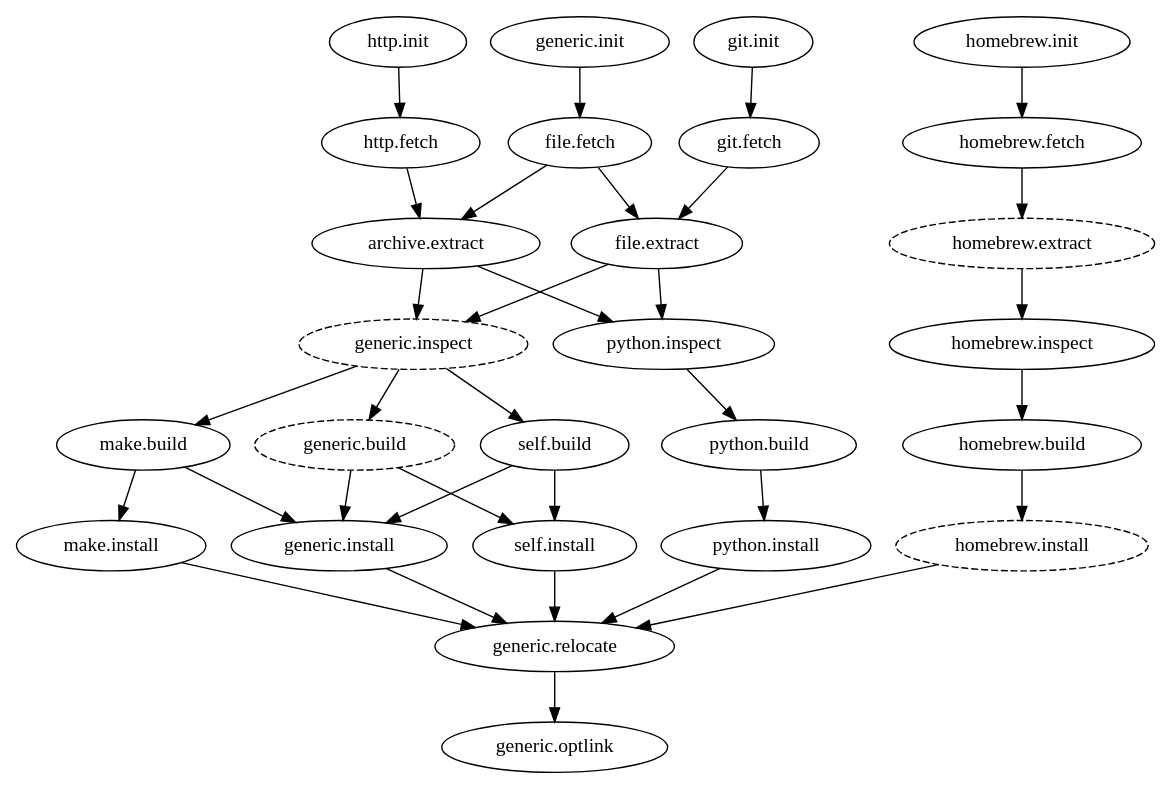
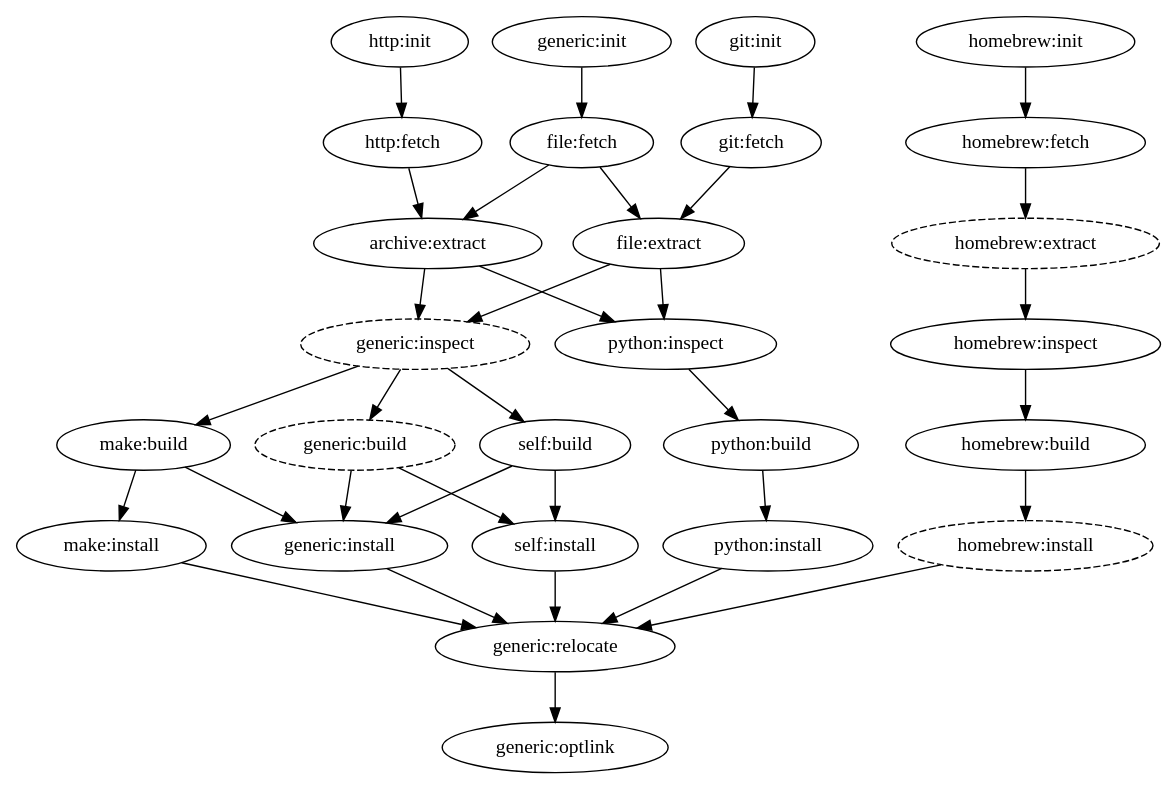
Before and after one commit to vfxetc/vee: the diagram in docs/pipeline.rst, drawn with Graphviz. The commit also changed other lines of this file and 3 other files, not shown here.

```diff
--- a/docs/pipeline.rst
+++ b/docs/pipeline.rst
@@ -80,48 +80,48 @@
 .. graphviz::
 
    digraph install_pipeline {
 
-      "git.init" -> "git.fetch";
-      "git.fetch" -> "file.extract";
+      "git:init" -> "git:fetch";
+      "git:fetch" -> "file:extract";
 
-      "generic.init" -> "file.fetch";
+      "generic:init" -> "file:fetch";
 
-      "file.fetch" -> "file.extract";
-      "file.fetch" -> "archive.extract";
+      "file:fetch" -> "file:extract";
+      "file:fetch" -> "archive:extract";
 
-      "http.init" -> "http.fetch";
-      "http.fetch" -> "archive.extract";
+      "http:init" -> "http:fetch";
+      "http:fetch" -> "archive:extract";
 
-      "file.extract" -> "generic.inspect"
-      "file.extract" -> "python.inspect"
-      "archive.extract" -> "generic.inspect"
-      "archive.extract" -> "python.inspect"
+      "file:extract" -> "generic:inspect"
+      "file:extract" -> "python:inspect"
+      "archive:extract" -> "generic:inspect"
+      "archive:extract" -> "python:inspect"
 
-      "python.inspect" -> "python.build" -> "python.install"
-      "generic.inspect" -> "generic.build" -> "generic.install"
-      "generic.inspect" -> "self.build" -> "generic.install"
-      "generic.build" -> "self.install"
-      "self.build" -> "self.install"
+      "python:inspect" -> "python:build" -> "python:install"
+      "generic:inspect" -> "generic:build" -> "generic:install"
+      "generic:inspect" -> "self:build" -> "generic:install"
+      "generic:build" -> "self:install"
+      "self:build" -> "self:install"
 
-      "generic.inspect" -> "make.build" -> "generic.install"
-      "make.build" -> "make.install"
+      "generic:inspect" -> "make:build" -> "generic:install"
+      "make:build" -> "make:install"
 
-      "python.install" -> "generic.relocate"
-      "generic.install" -> "generic.relocate"
-      "self.install" -> "generic.relocate"
-      "make.install" -> "generic.relocate"
+      "python:install" -> "generic:relocate"
+      "generic:install" -> "generic:relocate"
+      "self:install" -> "generic:relocate"
+      "make:install" -> "generic:relocate"
 
-      "homebrew.init" -> "homebrew.fetch" -> "homebrew.extract" -> "homebrew.inspect" -> "homebrew.build" -> "homebrew.install" -> "generic.relocate"
+      "homebrew:init" -> "homebrew:fetch" -> "homebrew:extract" -> "homebrew:inspect" -> "homebrew:build" -> "homebrew:install" -> "generic:relocate"
 
-      "generic.inspect" [style=dashed]
-      "generic.build" [style=dashed]
-      "homebrew.extract" [style=dashed]
-      "homebrew.install" [style=dashed]
+      "generic:inspect" [style=dashed]
+      "generic:build" [style=dashed]
+      "homebrew:extract" [style=dashed]
+      "homebrew:install" [style=dashed]
 
-      "generic.relocate" -> "generic.optlink"
+      "generic:relocate" -> "generic:optlink"
 
 
 
 
 
    }
```
